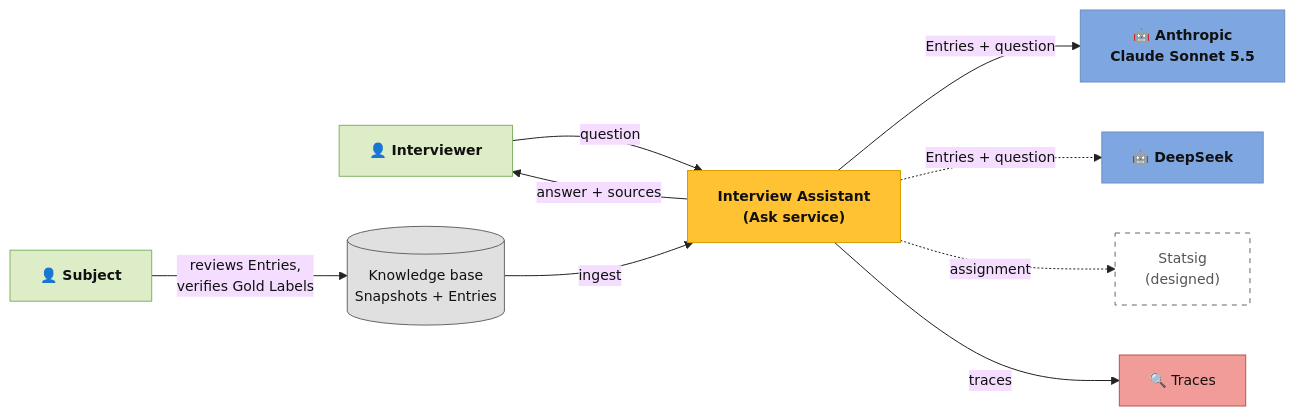
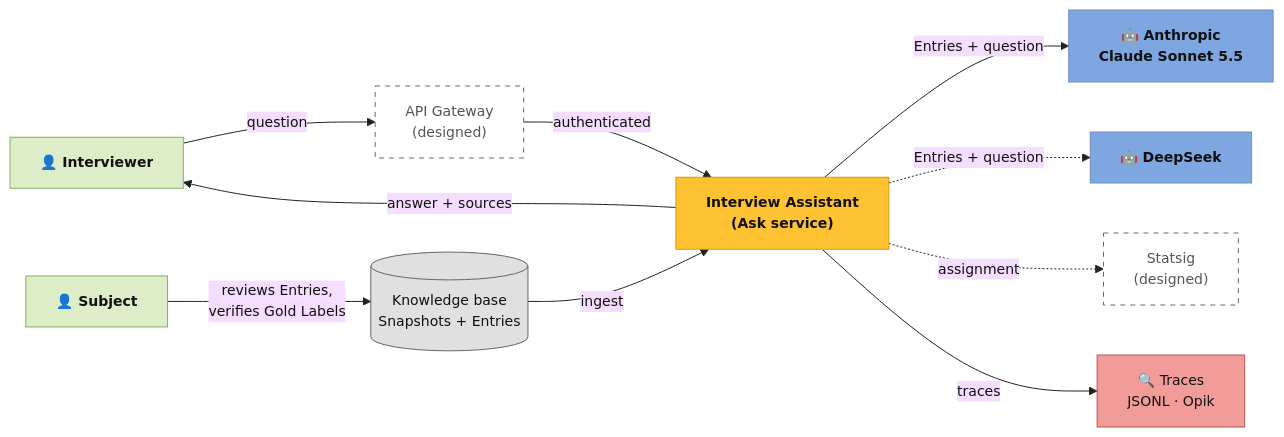
Before and after one commit to trieuttnv/job-finder-assisstant: the diagram in docs/img/system-context.mmd, drawn with Mermaid. The commit also changed 11 other files, not shown here.

```diff
--- a/docs/img/system-context.mmd
+++ b/docs/img/system-context.mmd
@@ -1,19 +1,20 @@
 %%{init: {"theme":"base","themeVariables":{"background":"#FFFEF9","fontFamily":"Helvetica, Arial, sans-serif","fontSize":"14px","lineColor":"#222","primaryTextColor":"#111"}}}%%
 flowchart LR
   classDef ui      fill:#DCEDC8,stroke:#82B366,color:#111,font-weight:bold
   classDef step    fill:#FFC233,stroke:#D79B00,color:#111,font-weight:bold
   classDef llm     fill:#7EA6E0,stroke:#6C8EBF,color:#111,font-weight:bold
   classDef check   fill:#EE9A9A,stroke:#B85450,color:#111,font-weight:bold
   classDef ext     fill:#CB94D7,stroke:#9673A6,color:#111,font-weight:bold
   classDef store   fill:#E0E0E0,stroke:#666,color:#111
   classDef obs     fill:#F19C99,stroke:#B85450,color:#111
   classDef designed fill:#FFFFFF,stroke:#666,stroke-dasharray:5 5,color:#555
   %% System context: Interview Assistant. Dashed = designed, not built.
-  I["👤 Interviewer"]:::ui -->|question| AS["Interview Assistant<br/>(Ask service)"]:::step
+  I["👤 Interviewer"]:::ui -->|question| GW["API Gateway<br/>(designed)"]:::designed
+  GW -->|authenticated| AS["Interview Assistant<br/>(Ask service)"]:::step
   AS -->|answer + sources| I
   S["👤 Subject"]:::ui -->|reviews Entries,<br/>verifies Gold Labels| KB[("Knowledge base<br/>Snapshots + Entries")]:::store
   KB -->|ingest| AS
   AS -->|"Entries + question"| LLM1["🤖 Anthropic<br/>Claude Sonnet 5.5"]:::llm
   AS -.->|"Entries + question"| LLM2["🤖 DeepSeek"]:::llm
   AS -.->|assignment| SG["Statsig<br/>(designed)"]:::designed
-  AS -->|traces| OBS["🔍 Traces"]:::obs
+  AS -->|traces| OBS["🔍 Traces<br/>JSONL · Opik"]:::obs
```
